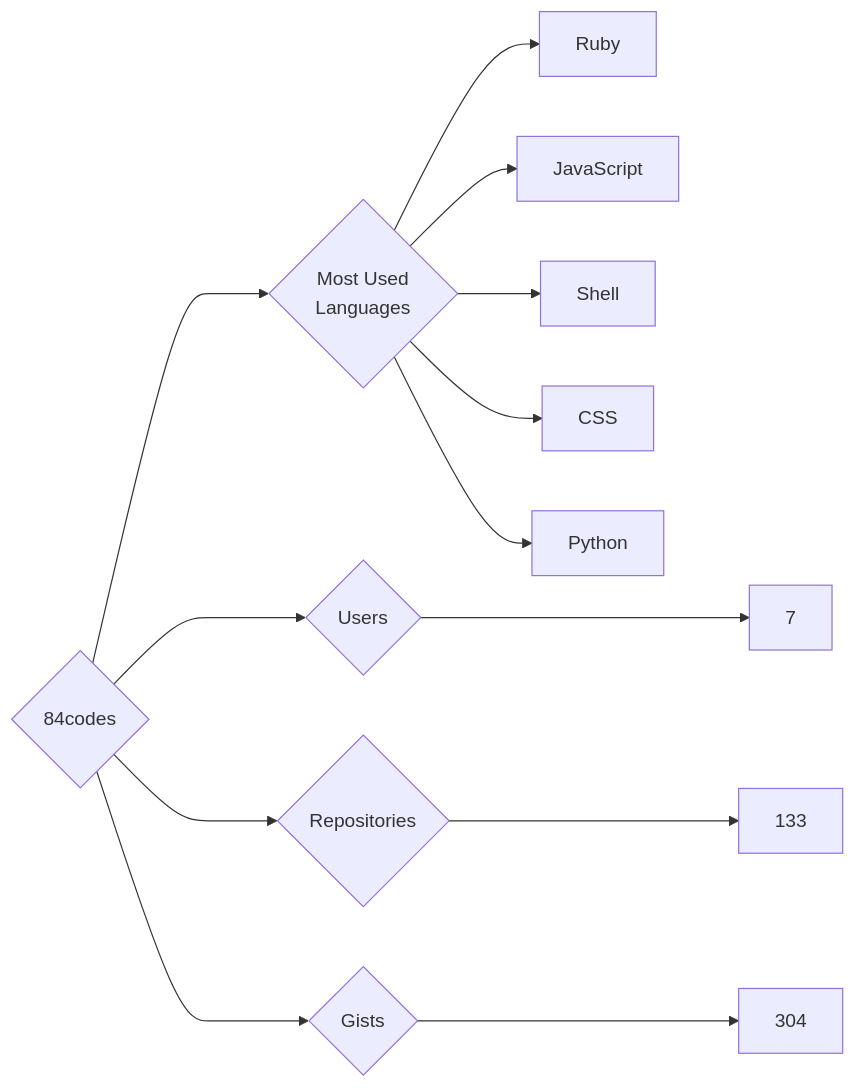
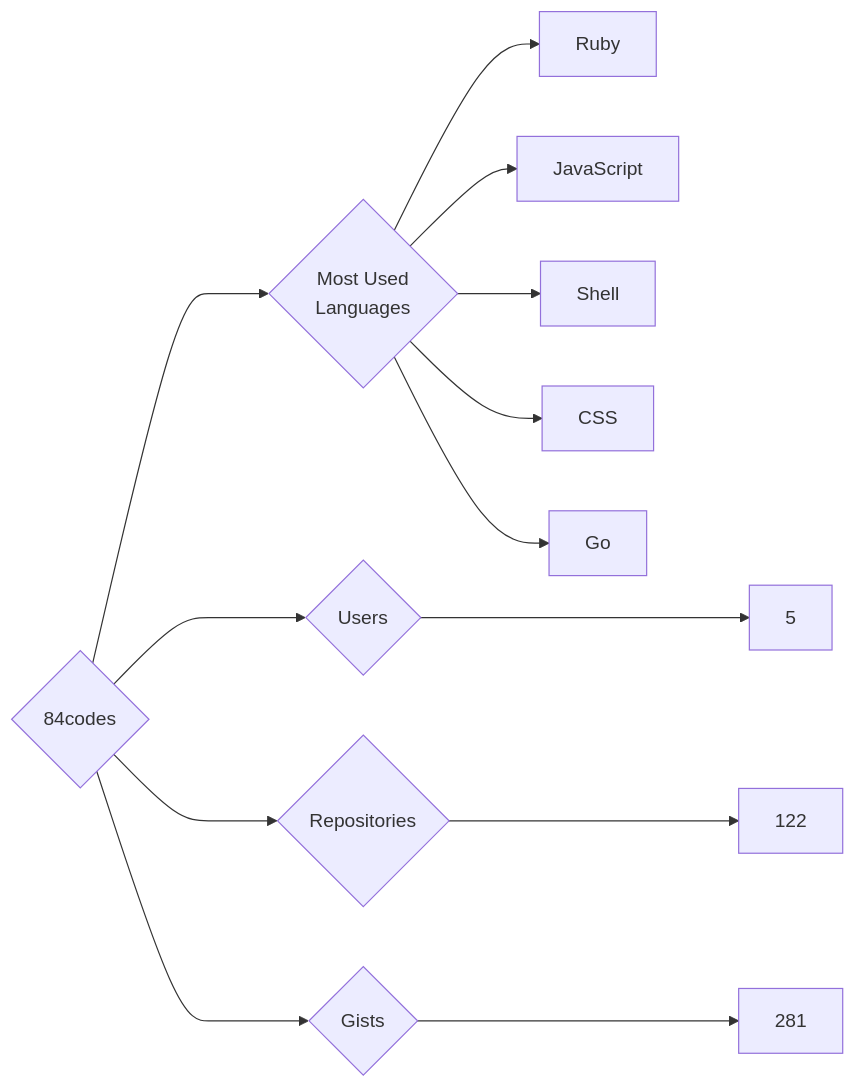
The diagram in targets/84codes/README.md (trickest/insiders), drawn with Mermaid before and after one commit. The commit also changed 752 other files, not shown here.

````diff
--- a/targets/84codes/README.md
+++ b/targets/84codes/README.md
@@ -3,13 +3,13 @@
 ```mermaid
 graph LR
 COMPANY_NAME{84codes}
-COMPANY_NAME ---> U{Users} ---> UN[7]
-COMPANY_NAME ---> R{Repositories} ---> RN[133]
-COMPANY_NAME ---> G{Gists} ---> GN[304]
+COMPANY_NAME ---> U{Users} ---> UN[5]
+COMPANY_NAME ---> R{Repositories} ---> RN[122]
+COMPANY_NAME ---> G{Gists} ---> GN[281]
 COMPANY_NAME ---> ML{Most Used<br>Languages}
 ML --> Ruby[Ruby]
 ML --> JavaScript[JavaScript]
 ML --> Shell[Shell]
 ML --> CSS[CSS]
-ML --> Python[Python]
+ML --> Go[Go]
 ```
````
